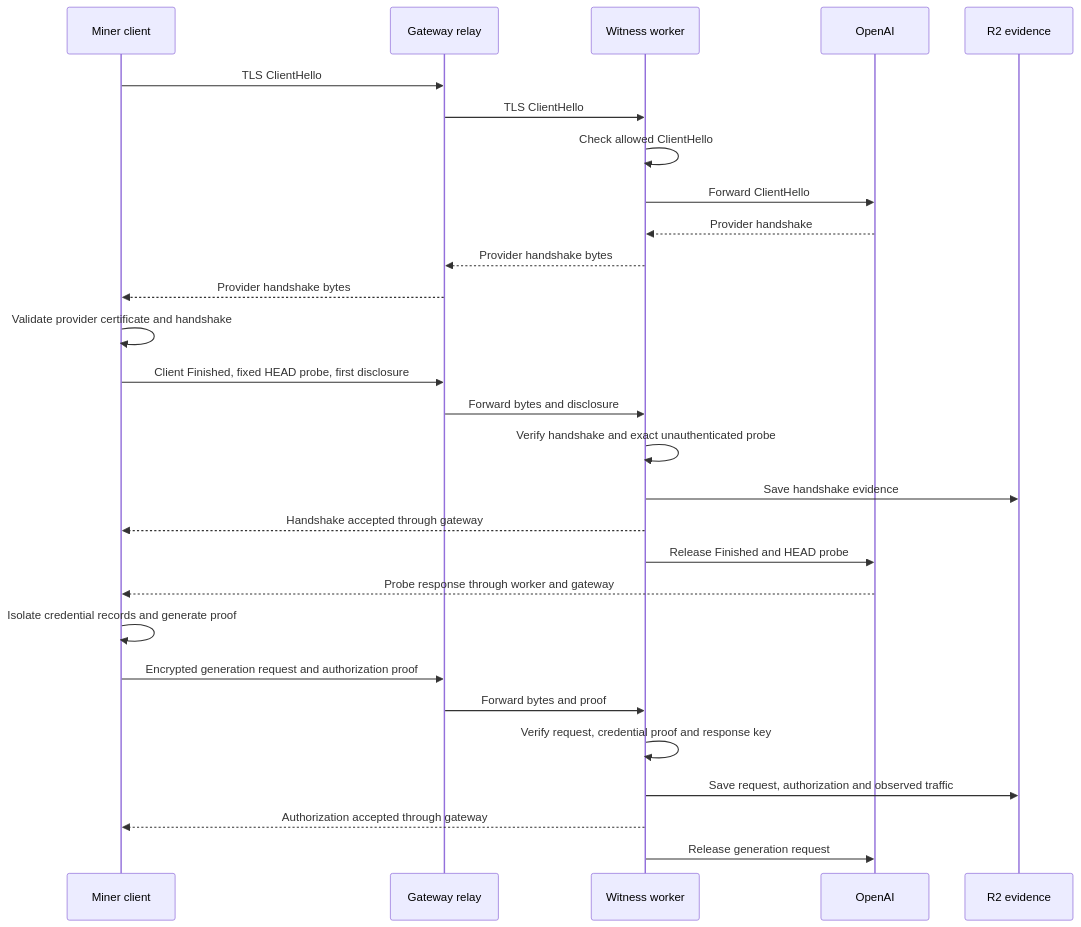
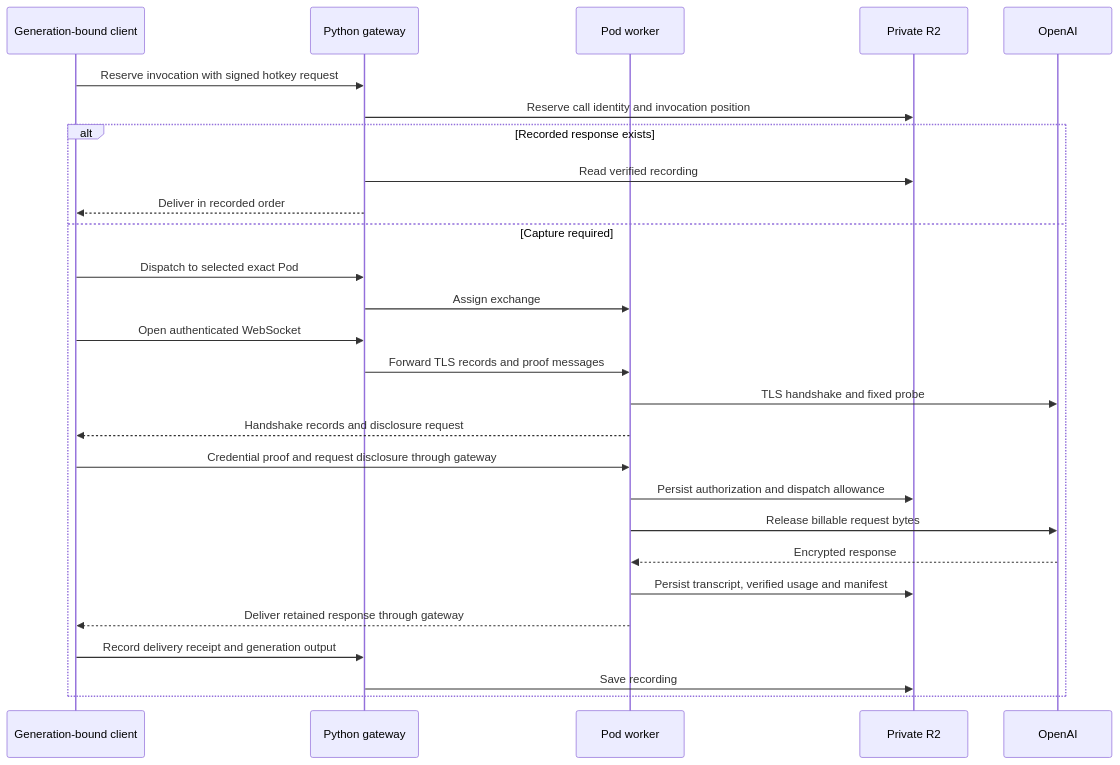
Before and after one commit to 404-Repo/404-gen-subnet: the first of 2 diagrams in witness-client/SEQUENCE.md, drawn with Mermaid. The commit also changed other lines of this file and 169 other files, not shown here.

First line of the commit message:
Run witnessed generation and rendering on per-miner RunPod Pods

````diff
--- a/witness-client/SEQUENCE.md
+++ b/witness-client/SEQUENCE.md
@@ -38,30 +8,29 @@
 ```mermaid
 sequenceDiagram
-    participant M as Miner client
-    participant G as Gateway relay
-    participant W as Witness worker
+    participant M as Generation-bound client
+    participant G as Python gateway
+    participant W as Pod worker
+    participant R as Private R2
     participant O as OpenAI
-    participant R as R2 evidence
-    M->>G: TLS ClientHello
-    G->>W: TLS ClientHello
-    W->>W: Check allowed ClientHello
-    W->>O: Forward ClientHello
-    O-->>W: Provider handshake
-    W-->>G: Provider handshake bytes
-    G-->>M: Provider handshake bytes
-    M->>M: Validate provider certificate and handshake
-    M->>G: Client Finished, fixed HEAD probe, first disclosure
-    G->>W: Forward bytes and disclosure
-    W->>W: Verify handshake and exact unauthenticated probe
-    W->>R: Save handshake evidence
-    W-->>M: Handshake accepted through gateway
-    W->>O: Release Finished and HEAD probe
-    O-->>M: Probe response through worker and gateway
-    M->>M: Isolate credential records and generate proof
-    M->>G: Encrypted generation request and authorization proof
-    G->>W: Forward bytes and proof
-    W->>W: Verify request, credential proof and response key
-    W->>R: Save request, authorization and observed traffic
-    W-->>M: Authorization accepted through gateway
-    W->>O: Release generation request
+    M->>G: Reserve invocation with signed hotkey request
+    G->>R: Reserve call identity and invocation position
+    alt Recorded response exists
+        G->>R: Read verified recording
+        G-->>M: Deliver in recorded order
+    else Capture required
+        M->>G: Dispatch to selected exact Pod
+        G->>W: Assign exchange
+        M->>G: Open authenticated WebSocket
+        G->>W: Forward TLS records and proof messages
+        W->>O: TLS handshake and fixed probe
+        W-->>M: Handshake records and disclosure request
+        M->>W: Credential proof and request disclosure through gateway
+        W->>R: Persist authorization and dispatch allowance
+        W->>O: Release billable request bytes
+        O-->>W: Encrypted response
+        W->>R: Persist transcript, verified usage and manifest
+        W-->>M: Deliver retained response through gateway
+        M->>G: Record delivery receipt and generation output
+        G->>R: Save recording
+    end
 ```
````
